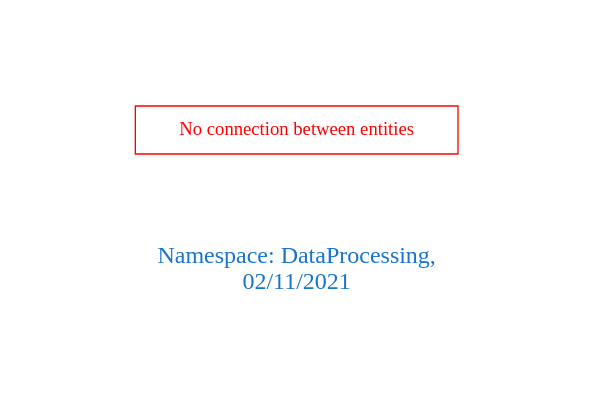
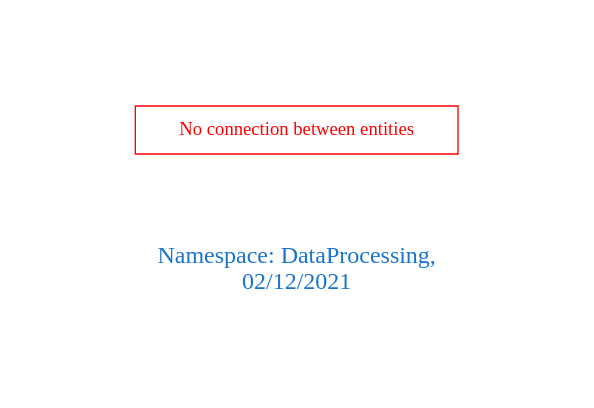
Before and after one commit to arago/OGIT: the diagram in downloads/DataProcessing.dot, drawn with Graphviz. The commit also changed 1844 other files, not shown here.

```diff
--- a/downloads/DataProcessing.dot
+++ b/downloads/DataProcessing.dot
@@ -1,9 +1,9 @@
 digraph OGIT_ontology {
  graph [ rankdir= LR,pad=1 
 fontsize = 18,
-fontcolor= dodgerblue3,label = "\n\n\nNamespace: DataProcessing, \n 02/11/2021"];
+fontcolor= dodgerblue3,label = "\n\n\nNamespace: DataProcessing, \n 02/12/2021"];
 node[shape=polygon];
 edge [  color="gray81"];
 
 "No connection between entities" [fontcolor = "red",color="red", shape="polygon"]
 }
```
